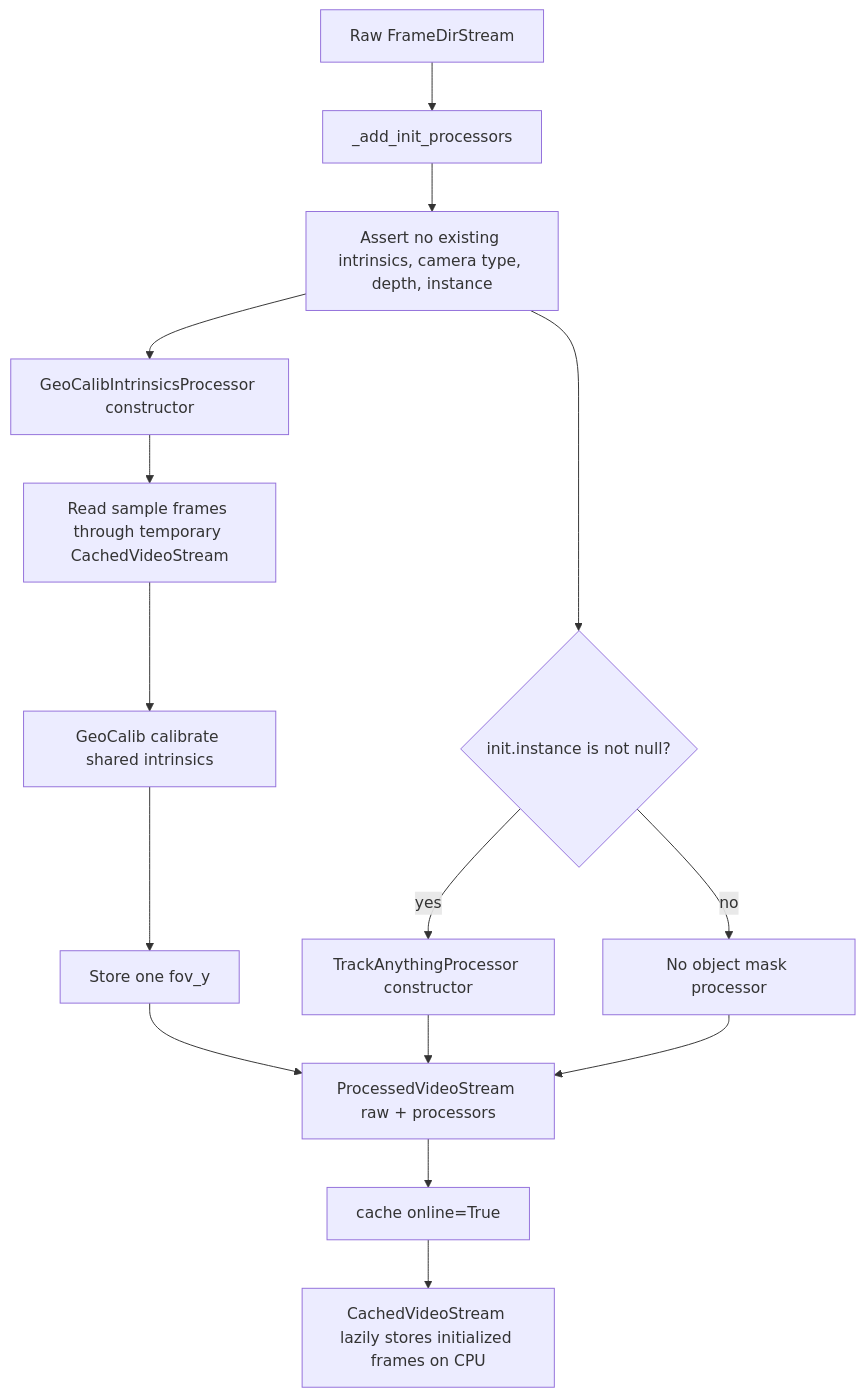
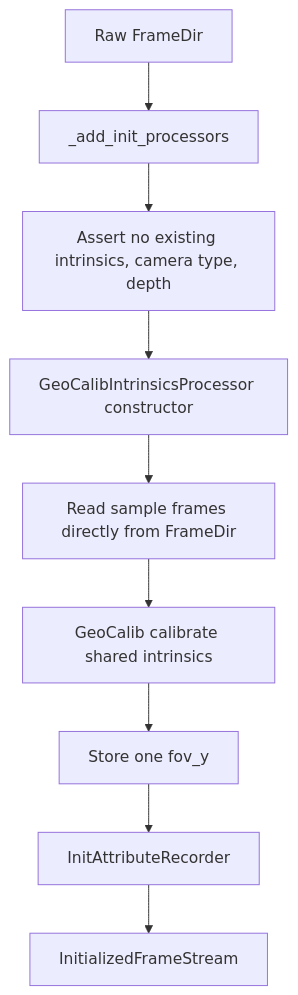
Before and after one commit to sadanand1120/vipe: the fourth of 13 diagrams in fullexplain.md, drawn with Mermaid. The commit also changed other lines of this file and 85 other files, not shown here.

````diff
--- a/fullexplain.md
+++ b/fullexplain.md
@@ -332,17 +332,11 @@
 ```mermaid
 flowchart TD
-    A[Raw FrameDirStream] --> B[_add_init_processors]
-    B --> C[Assert no existing intrinsics, camera type, depth, instance]
+    A[Raw FrameDir] --> B[_add_init_processors]
+    B --> C[Assert no existing intrinsics, camera type, depth]
     C --> D[GeoCalibIntrinsicsProcessor constructor]
-    D --> D1[Read sample frames through temporary CachedVideoStream]
+    D --> D1[Read sample frames directly from FrameDir]
     D1 --> D2[GeoCalib calibrate shared intrinsics]
     D2 --> D3[Store one fov_y]
-    C --> E{init.instance is not null?}
-    E -->|yes| F[TrackAnythingProcessor constructor]
-    E -->|no| G[No object mask processor]
-    F --> H[ProcessedVideoStream raw + processors]
-    D3 --> H
-    G --> H
-    H --> I[cache online=True]
-    I --> J[CachedVideoStream lazily stores initialized frames on CPU]
+    D3 --> E[InitAttributeRecorder]
+    E --> F[InitializedFrameStream]
 ```
````
